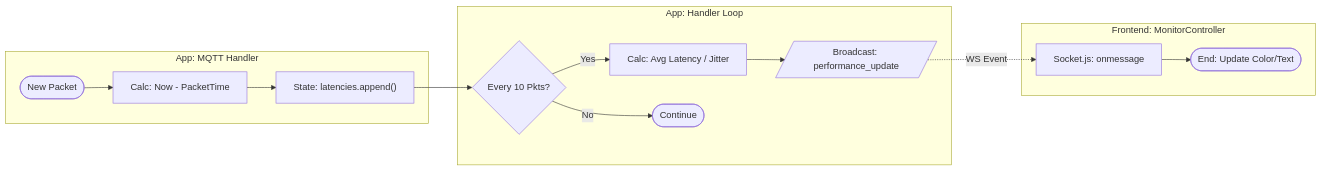
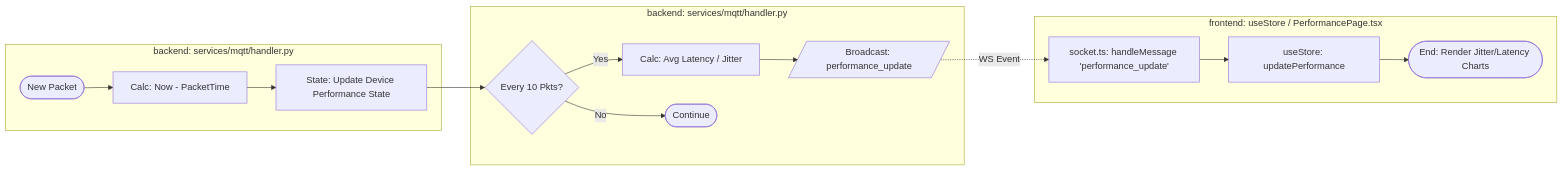
One commit to affanrk/ecg-puskesmas changed diagram 11 of 11 in SYSTEM_FLOWS.md. Above: the diagram before and after it, drawn with Mermaid. The commit also changed other lines of this file and 176 other files, not shown here.

Commit message:
BE_FE: Separate Frontend & Backend, Framework FE -> Next.JS (UI), Backend-> FastAPI (Service for API & Websocket)

````diff
--- a/SYSTEM_FLOWS.md
+++ b/SYSTEM_FLOWS.md
@@ -384,24 +385,25 @@
 ```mermaid
 flowchart LR
     %% SWIMLANE: INGESTION
-    subgraph Handler [App: MQTT Handler]
+    subgraph Handler [backend: services/mqtt/handler.py]
         PktIn([New Packet]) --> CalcLat["Calc: Now - PacketTime"]
-        CalcLat --> UpdateStat["State: latencies.append()"]
+        CalcLat --> UpdateStat["State: Update Device Performance State"]
     end
 
     %% SWIMLANE: LOGGING
-    subgraph Periodic [App: Handler Loop]
+    subgraph Periodic [backend: services/mqtt/handler.py]
         CheckInt{Every 10 Pkts?}
         UpdateStat --> CheckInt
         CheckInt -- Yes --> CalcAgg["Calc: Avg Latency / Jitter"]
         CheckInt -- No --> Continue([Continue])
         
         CalcAgg --> BroadPerf[/Broadcast: performance_update/]
     end
 
     %% SWIMLANE: FRONTEND
-    subgraph UI [Frontend: MonitorController]
-        BroadPerf -.->|WS Event| RecvPerf["Socket.js: onmessage"]
-        RecvPerf --> UpdateBadge([End: Update Color/Text])
+    subgraph UI [frontend: useStore / PerformancePage.tsx]
+        BroadPerf -.->|WS Event| RecvPerf["socket.ts: handleMessage 'performance_update'"]
+        RecvPerf --> UpdateStore["useStore: updatePerformance"]
+        UpdateStore --> UpdateUI([End: Render Jitter/Latency Charts])
     end
 ```
````
